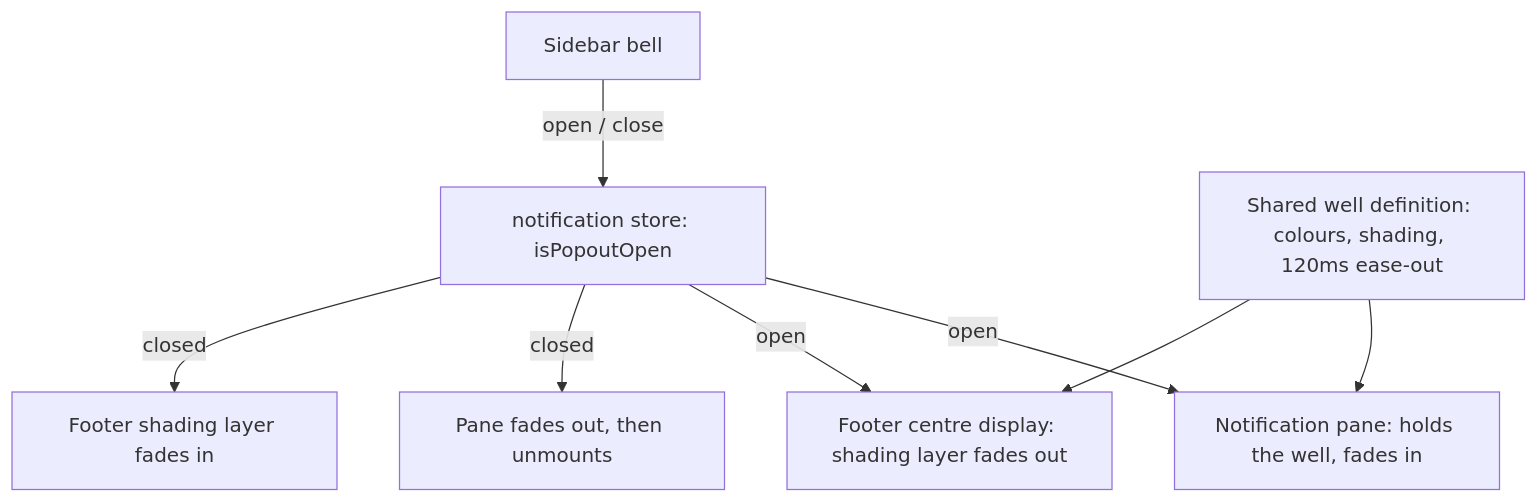
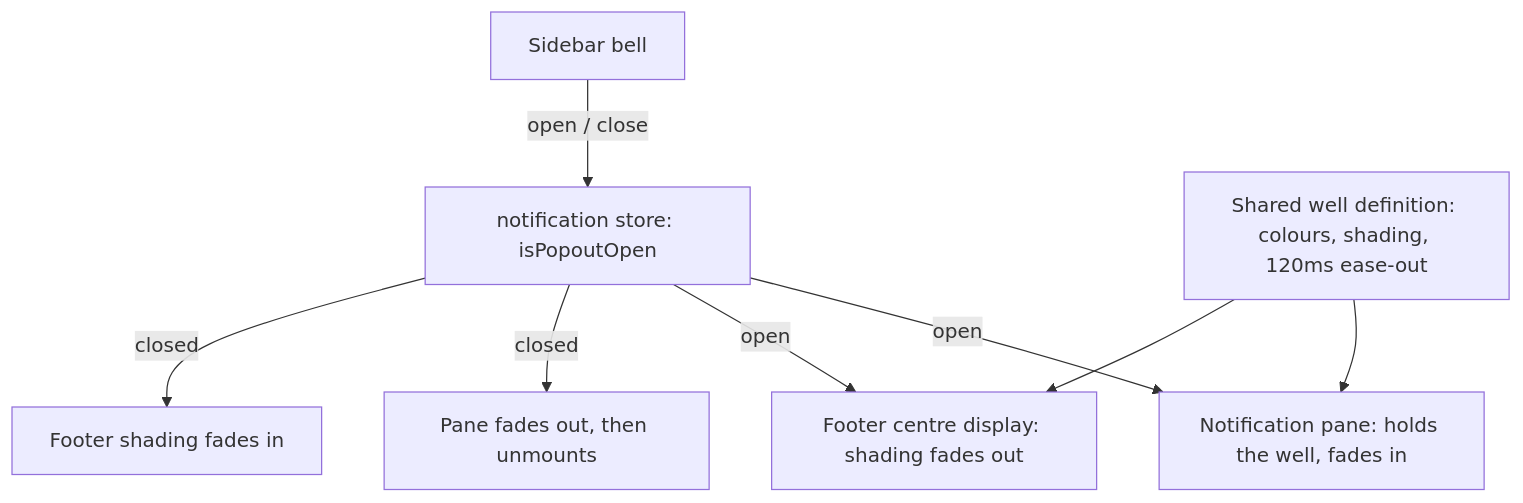
The diagram in docs/plans/2026-11-17-1705-feat-notification-pane-well-plan.md (baander-app/baander), drawn with Mermaid before and after one commit. The commit also changed other lines of this file, not shown here.

````diff
--- a/docs/plans/2026-11-17-1705-feat-notification-pane-well-plan.md
+++ b/docs/plans/2026-11-17-1705-feat-notification-pane-well-plan.md
@@ -88,10 +88,10 @@
 ```mermaid
 flowchart TB
   Bell[Sidebar bell] -->|open / close| Store[notification store: isPopoutOpen]
   Store -->|open| Pane[Notification pane: holds the well, fades in]
-  Store -->|open| Footer[Footer centre display: shading layer fades out]
+  Store -->|open| Footer[Footer centre display: shading fades out]
   Store -->|closed| PaneOut[Pane fades out, then unmounts]
-  Store -->|closed| FooterIn[Footer shading layer fades in]
+  Store -->|closed| FooterIn[Footer shading fades in]
   Well[Shared well definition: colours, shading, 120ms ease-out] --> Pane
   Well --> Footer
 ```
````
